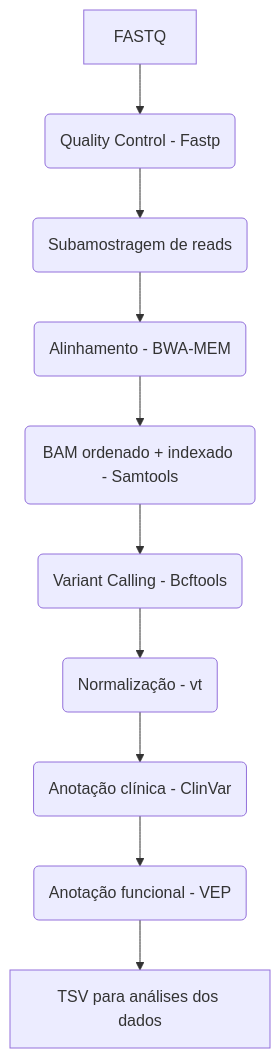
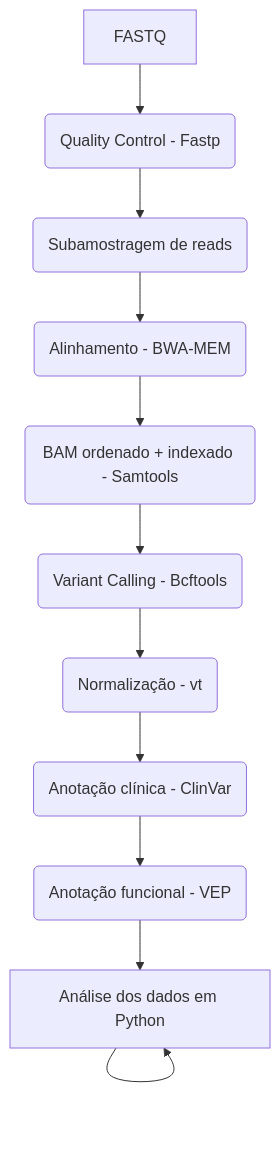
Before and after one commit to IsabelleAP/alinhamento_chamada_variante: the diagram in README.md, drawn with Mermaid. The commit also changed other lines of this file, not shown here.

````diff
--- a/README.md
+++ b/README.md
@@ -31,12 +46,13 @@
 ```mermaid
 graph TD
     A[FASTQ] --> B(Quality Control - Fastp)
     B --> C(Subamostragem de reads)
     C --> D(Alinhamento - BWA-MEM)
     D --> E(BAM ordenado + indexado - Samtools)
     E --> F(Variant Calling - Bcftools)
     F --> G(Normalização - vt)
     G --> H(Anotação clínica - ClinVar)
     H --> I(Anotação funcional - VEP)
     I --> J[TSV para análises dos dados]
+    J --> J[Análise dos dados em Python]
 ```
````
